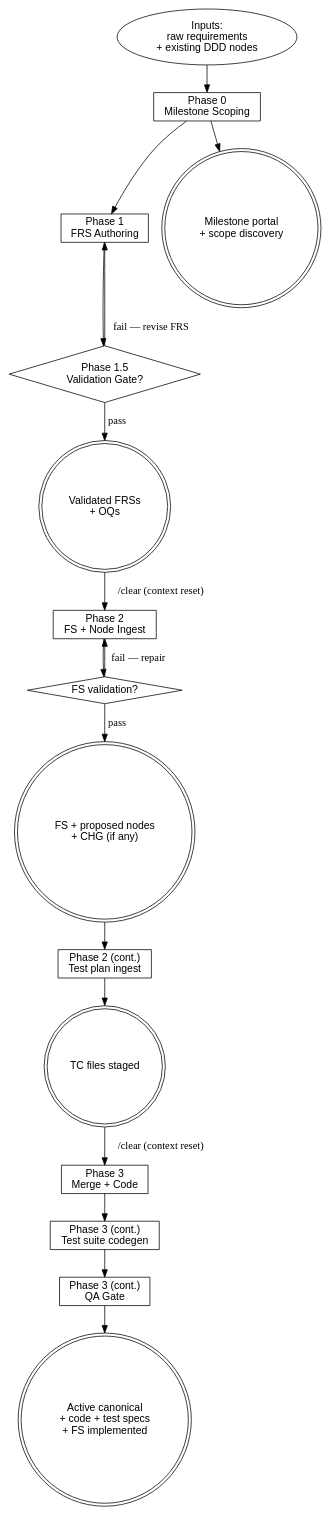
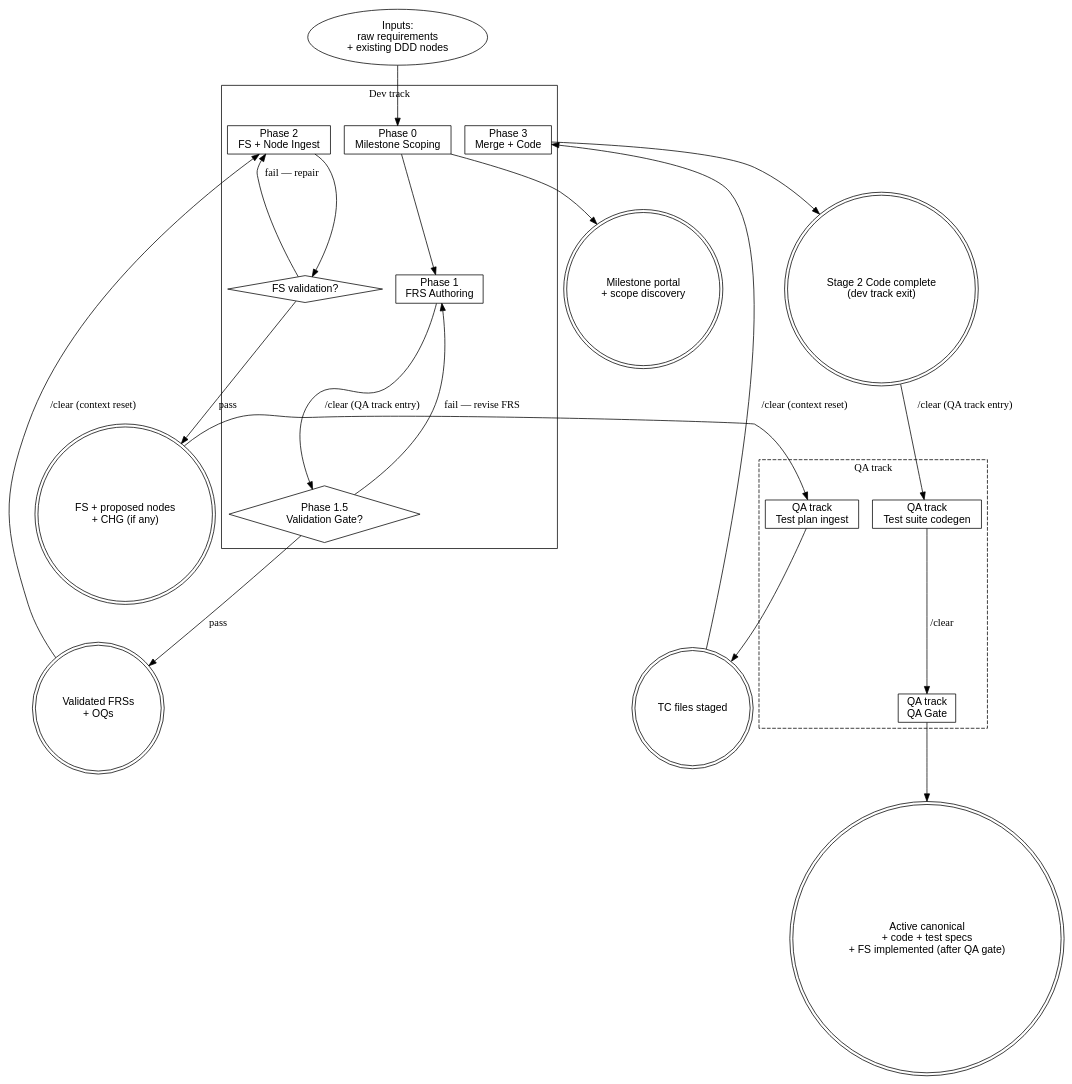
One commit to thapaliyabikendra/agentic-dev-workspace changed the diagram in sdlc/WORKFLOW.md. Above: the diagram before and after it, drawn with Graphviz. The commit also changed other lines of this file and 60 other files, not shown here.

````diff
--- a/sdlc/WORKFLOW.md
+++ b/sdlc/WORKFLOW.md
@@ -109,40 +109,51 @@
 ```dot
 digraph workflow_phases {
     rankdir=TB;
     node [fontname="Helvetica"];
 
     inputs    [shape=oval,  label="Inputs:\nraw requirements\n+ existing DDD nodes"];
-    phase0    [shape=box,   label="Phase 0\nMilestone Scoping"];
-    phase1    [shape=box,   label="Phase 1\nFRS Authoring"];
-    gate15    [shape=diamond, label="Phase 1.5\nValidation Gate?"];
-    phase2    [shape=box,   label="Phase 2\nFS + Node Ingest"];
-    fsval     [shape=diamond, label="FS validation?"];
-    phase2tp  [shape=box,   label="Phase 2 (cont.)\nTest plan ingest"];
-    phase3a   [shape=box,   label="Phase 3\nMerge + Code"];
-    phase3b   [shape=box,   label="Phase 3 (cont.)\nTest suite codegen"];
-    phase3c   [shape=box,   label="Phase 3 (cont.)\nQA Gate"];
 
-    out_ms    [shape=doublecircle, label="Milestone portal\n+ scope discovery"];
-    out_frs   [shape=doublecircle, label="Validated FRSs\n+ OQs"];
-    out_fs    [shape=doublecircle, label="FS + proposed nodes\n+ CHG (if any)"];
-    out_tc    [shape=doublecircle, label="TC files staged"];
-    out_impl  [shape=doublecircle, label="Active canonical\n+ code + test specs\n+ FS implemented"];
+    subgraph cluster_dev {
+        label="Dev track";
+        phase0    [shape=box,   label="Phase 0\nMilestone Scoping"];
+        phase1    [shape=box,   label="Phase 1\nFRS Authoring"];
+        gate15    [shape=diamond, label="Phase 1.5\nValidation Gate?"];
+        phase2    [shape=box,   label="Phase 2\nFS + Node Ingest"];
+        fsval     [shape=diamond, label="FS validation?"];
+        phase3a   [shape=box,   label="Phase 3\nMerge + Code"];
+    }
+
+    subgraph cluster_qa {
+        label="QA track";
+        style=dashed;
+        phase2tp  [shape=box,   label="QA track\nTest plan ingest"];
+        phase3b   [shape=box,   label="QA track\nTest suite codegen"];
+        phase3c   [shape=box,   label="QA track\nQA Gate"];
+    }
+
+    out_ms        [shape=doublecircle, label="Milestone portal\n+ scope discovery"];
+    out_frs       [shape=doublecircle, label="Validated FRSs\n+ OQs"];
+    out_fs        [shape=doublecircle, label="FS + proposed nodes\n+ CHG (if any)"];
+    out_tc        [shape=doublecircle, label="TC files staged"];
+    out_impl_code [shape=doublecircle, label="Stage 2 Code complete\n(dev track exit)"];
+    out_impl      [shape=doublecircle, label="Active canonical\n+ code + test specs\n+ FS implemented (after QA gate)"];
 
     inputs -> phase0;
     phase0 -> out_ms;
     phase0 -> phase1;
     phase1 -> gate15;
     gate15 -> phase1   [label="fail — revise FRS"];
     gate15 -> out_frs  [label="pass"];
     out_frs -> phase2  [label="/clear (context reset)"];
     phase2 -> fsval;
     fsval -> phase2    [label="fail — repair"];
     fsval -> out_fs    [label="pass"];
-    out_fs -> phase2tp;
+    out_fs -> phase2tp [label="/clear (QA track entry)"];
     phase2tp -> out_tc;
     out_tc -> phase3a  [label="/clear (context reset)"];
-    phase3a -> phase3b;
-    phase3b -> phase3c;
+    phase3a -> out_impl_code;
+    out_impl_code -> phase3b [label="/clear (QA track entry)"];
+    phase3b -> phase3c [label="/clear"];
     phase3c -> out_impl;
 }
 ```
````
